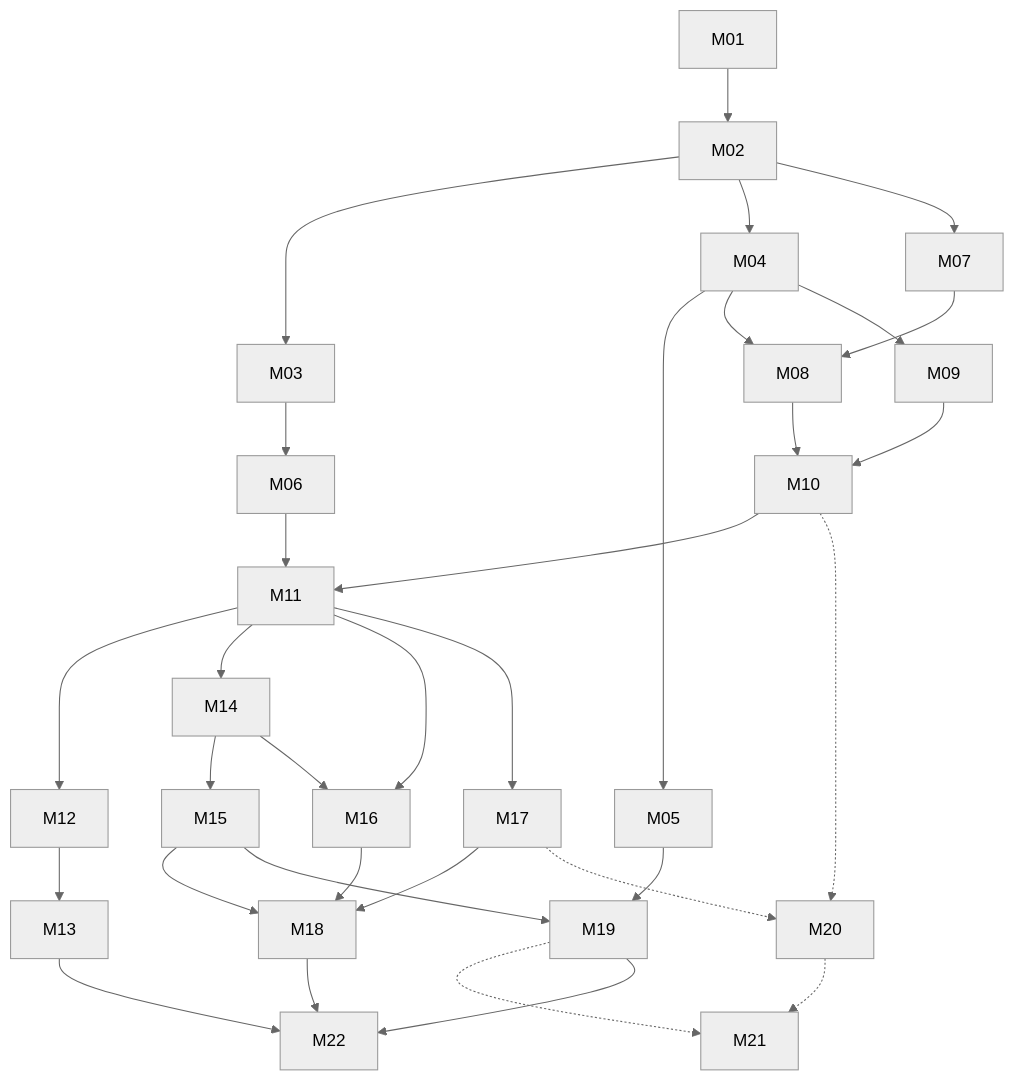
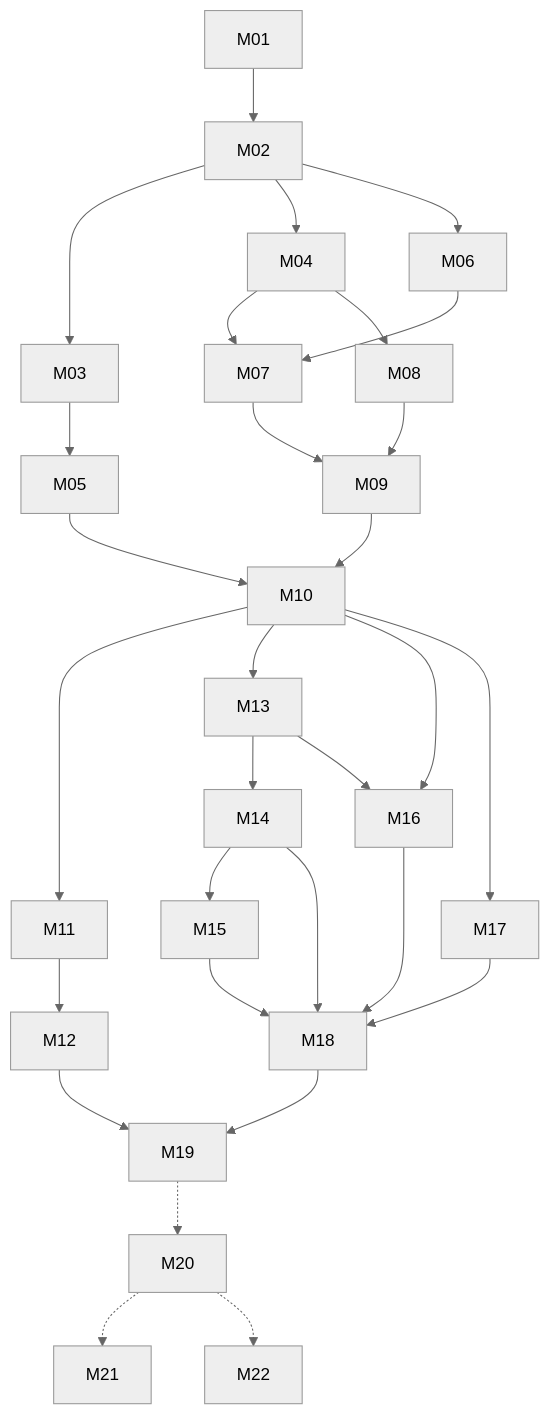
Before and after one commit to KomplexMojo/NordicAim: the diagram in docs/milestones/README.md, drawn with Mermaid (neutral theme). The commit also changed other lines of this file and 56 other files, not shown here.

````diff
--- a/docs/milestones/README.md
+++ b/docs/milestones/README.md
@@ -33,31 +40,28 @@
 ```mermaid
 flowchart TD
   M01 --> M02
-  M02 --> M03 --> M06
-  M02 --> M04 --> M05
-  M02 --> M07
+  M02 --> M03 --> M05
+  M02 --> M04
+  M02 --> M06
+  M04 --> M07
+  M06 --> M07
   M04 --> M08
-  M07 --> M08
-  M04 --> M09
-  M08 --> M10
+  M07 --> M09
+  M08 --> M09
+  M05 --> M10
   M09 --> M10
-  M06 --> M11
-  M10 --> M11
-  M11 --> M12 --> M13
-  M11 --> M14 --> M15
-  M11 --> M16
-  M14 --> M16
-  M11 --> M17
+  M10 --> M11 --> M12
+  M10 --> M13 --> M14 --> M15
+  M10 --> M16
+  M13 --> M16
+  M10 --> M17
+  M14 --> M18
   M15 --> M18
   M16 --> M18
   M17 --> M18
-  M05 --> M19
-  M15 --> M19
-  M10 -.-> M20
-  M17 -.-> M20
-  M19 -.-> M21
+  M12 --> M19
+  M18 --> M19
+  M19 -.-> M20
   M20 -.-> M21
-  M13 --> M22
-  M18 --> M22
-  M19 --> M22
+  M20 -.-> M22
 ```
````
